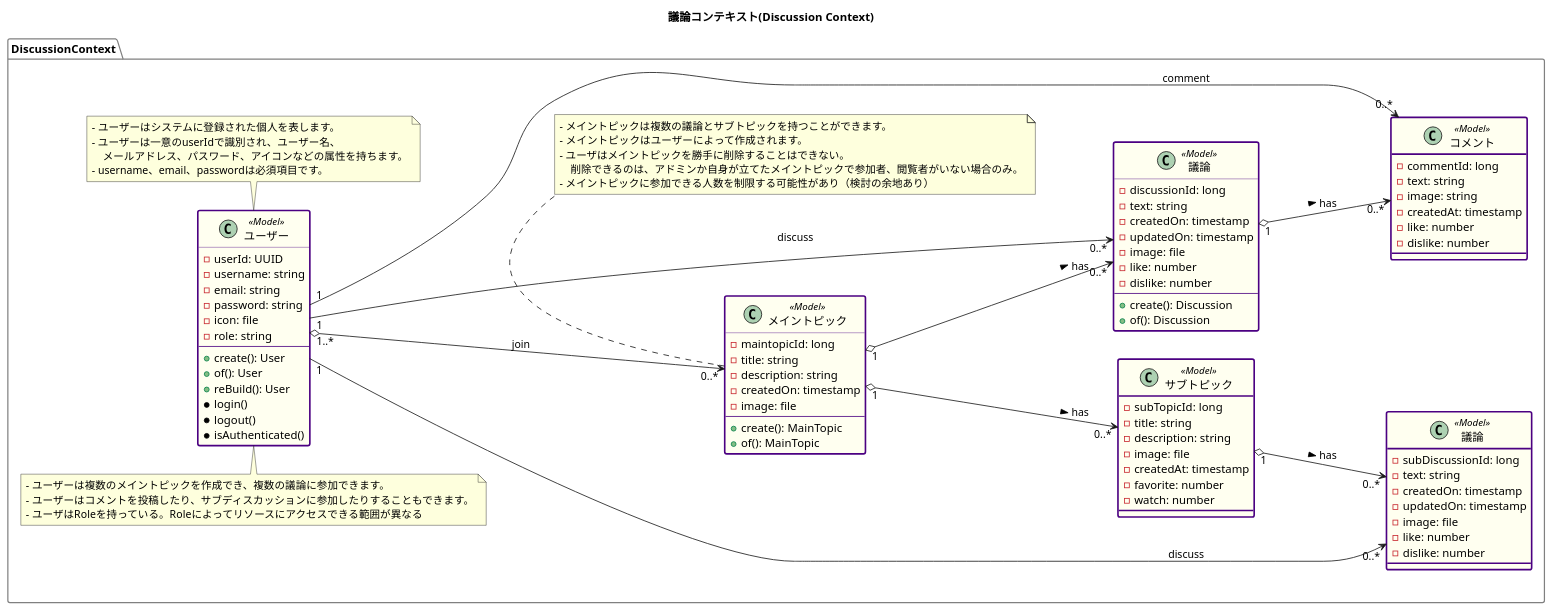
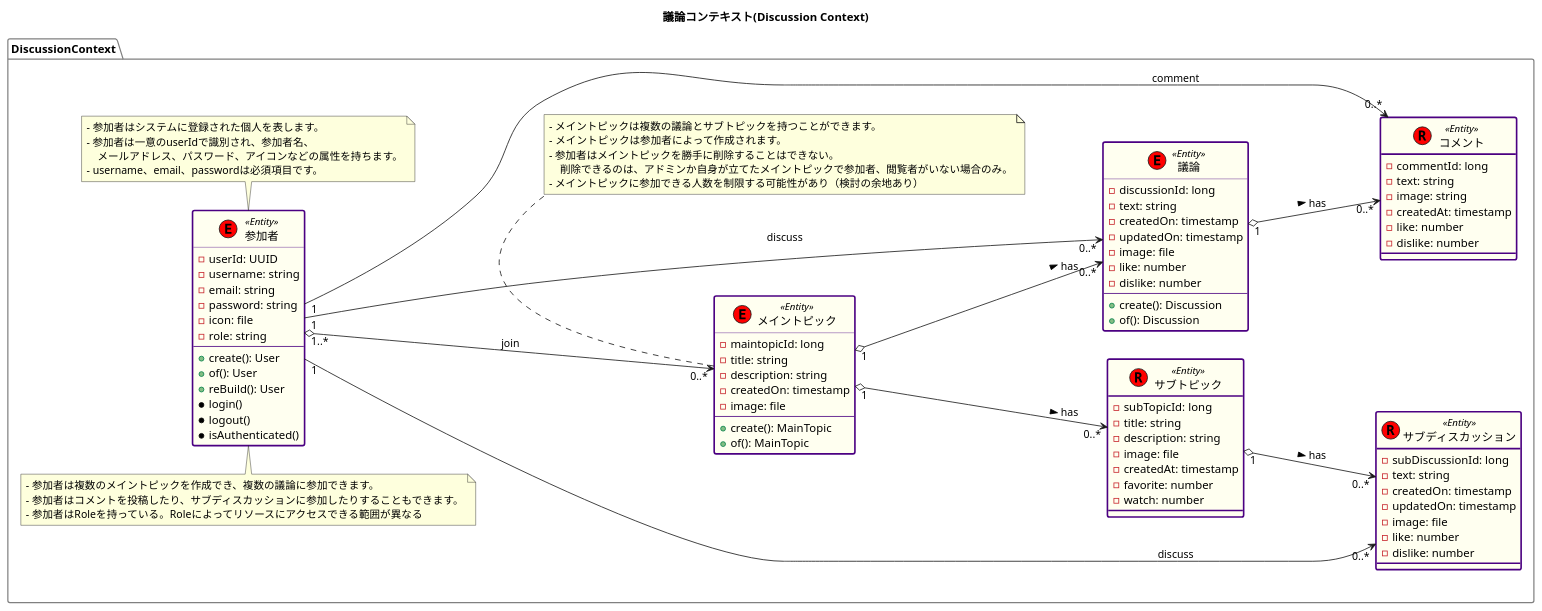
The diagram in docs/uml/domainmodel_discussion.pu (POD-azlamarhyu/go_cleanarchitecture_practice), drawn with PlantUML before and after one commit.

Commit message:
ドメインモデル図の体裁を変更

```diff
--- a/docs/uml/domainmodel_discussion.pu
+++ b/docs/uml/domainmodel_discussion.pu
@@ -1,112 +1,114 @@
 @startuml domain-models-discussion
 
 left to right direction
 
 skinparam ClassBackgroundColor Ivory
 skinparam ClassBorderColor Indigo
+skinparam EntityBackgroundColor Ivory
+skinparam EntityBorderColor Indigo
 
 title 議論コンテキスト(Discussion Context)
 
 package DiscussionContext as DM #line:Gray {
 
-    class "ユーザー" as User <<Model>> #line.bold {
+    entity "参加者" as User << (E, Red) Entity >> #line.bold {
         - userId: UUID
         - username: string
         - email: string
         - password: string
         - icon: file
         - role: string
         --
         + create(): User
         + of(): User
         + reBuild(): User 
         * login()
         * logout()
         * isAuthenticated() 
     }
     note bottom of User
-        - ユーザーはシステムに登録された個人を表します。
-        - ユーザーは一意のuserIdで識別され、ユーザー名、
+        - 参加者はシステムに登録された個人を表します。
+        - 参加者は一意のuserIdで識別され、参加者名、
             メールアドレス、パスワード、アイコンなどの属性を持ちます。
         - username、email、passwordは必須項目です。
     end note
 
     note top of User
-        - ユーザーは複数のメイントピックを作成でき、複数の議論に参加できます。
-        - ユーザーはコメントを投稿したり、サブディスカッションに参加したりすることもできます。
-        - ユーザはRoleを持っている。Roleによってリソースにアクセスできる範囲が異なる
+        - 参加者は複数のメイントピックを作成でき、複数の議論に参加できます。
+        - 参加者はコメントを投稿したり、サブディスカッションに参加したりすることもできます。
+        - 参加者はRoleを持っている。Roleによってリソースにアクセスできる範囲が異なる
     end note
 
-    class "メイントピック" as MainTopic << Model >> #line.bold {
+    entity "メイントピック" as MainTopic << (E, Red) Entity >> #line.bold {
         - maintopicId: long
         - title: string
         - description: string
         - createdOn: timestamp
         - image: file
         --
         + create(): MainTopic
         + of(): MainTopic
     }
 
     note bottom of MainTopic
         - メイントピックは複数の議論とサブトピックを持つことができます。
-        - メイントピックはユーザーによって作成されます。
-        - ユーザはメイントピックを勝手に削除することはできない。
+        - メイントピックは参加者によって作成されます。
+        - 参加者はメイントピックを勝手に削除することはできない。
             削除できるのは、アドミンか自身が立てたメイントピックで参加者、閲覧者がいない場合のみ。
         - メイントピックに参加できる人数を制限する可能性があり（検討の余地あり）
     end note
 
-    class "議論" as Discussion << Model >> #line.bold {
+    entity "議論" as Discussion << (E, Red) Entity >> #line.bold {
         - discussionId: long
         - text: string
         - createdOn: timestamp
         - updatedOn: timestamp
         - image: file
         - like: number
         - dislike: number
         --
         + create(): Discussion
         + of(): Discussion
     }
 
-    class "議論" as SubDiscussion << Model >> #line.bold {
+    entity "サブディスカッション" as SubDiscussion << (R, Red) Entity >> #line.bold {
         - subDiscussionId: long
         - text: string
         - createdOn: timestamp
         - updatedOn: timestamp
         - image: file
         - like: number
         - dislike: number
     }
 
-    class "サブトピック" as SubTopic << Model >> #line.bold {
+    entity "サブトピック" as SubTopic << (R, Red) Entity >> #line.bold {
         - subTopicId: long
         - title: string
         - description: string
         - image: file
         - createdAt: timestamp
         - favorite: number
         - watch: number
     }
 
-    class "コメント" as Comment << Model >> #line.bold {
+    entity "コメント" as Comment << (R, Red) Entity >> #line.bold {
         - commentId: long
         - text: string
         - image: string
         - createdAt: timestamp
         - like: number
         - dislike: number
     }
 }
 
 
 User "1..*" o--> " 0..*" MainTopic : join
 User "1" --> "0..*" Discussion : discuss
 MainTopic "1" o--> "0..*" Discussion :has >
 MainTopic "1" o--> "0..*" SubTopic : has >
 Discussion "1" o---> "0..*" Comment : has >
 User "1" ---> "0..*" Comment : comment
 SubTopic "1" o---> "0..*" SubDiscussion : has >
 User "1" ---> "0..*" SubDiscussion : discuss
 
 @enduml
```
